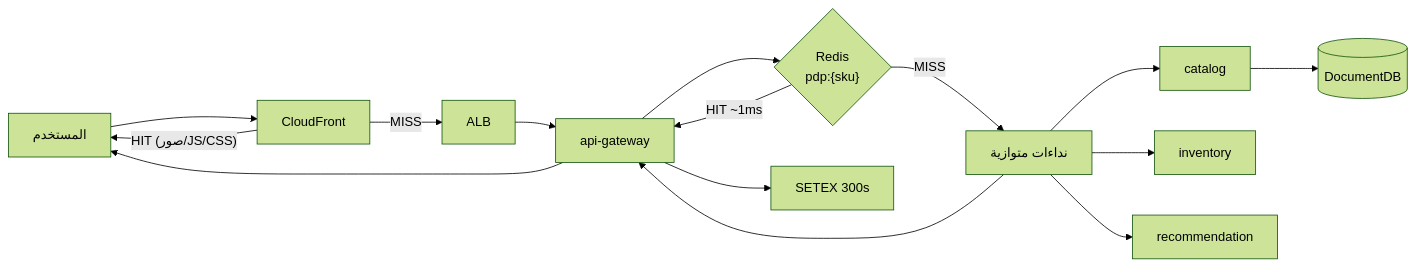
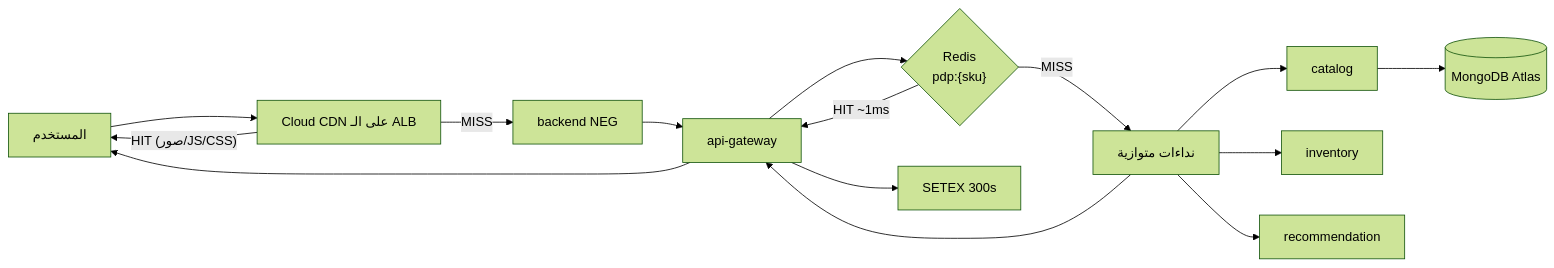
The fourth of 5 diagrams in docs/01-architecture.md (ahmedselimmansor-ctrl/ecomerce-microservices), drawn with Mermaid (forest theme) before and after one commit. The commit also changed other lines of this file and 85 other files, not shown here.

````diff
--- a/docs/01-architecture.md
+++ b/docs/01-architecture.md
@@ -231,14 +244,14 @@
 ```mermaid
 flowchart LR
-    U["المستخدم"] --> CF["CloudFront"]
-    CF -->|"HIT (صور/JS/CSS)"| U
-    CF -->|MISS| ALB --> GW["api-gateway"]
+    U["المستخدم"] --> CDN["Cloud CDN على الـ ALB"]
+    CDN -->|"HIT (صور/JS/CSS)"| U
+    CDN -->|MISS| NEG["backend NEG"] --> GW["api-gateway"]
     GW --> RC{"Redis<br/>pdp:{sku}"}
     RC -->|HIT ~1ms| GW
     RC -->|MISS| PAR["نداءات متوازية"]
     PAR --> CAT["catalog"] & INV["inventory"] & REC["recommendation"]
-    CAT --> MG[("DocumentDB")]
+    CAT --> MG[("MongoDB Atlas")]
     PAR --> GW
     GW --> RC2["SETEX 300s"]
     GW --> U
 ```
````
